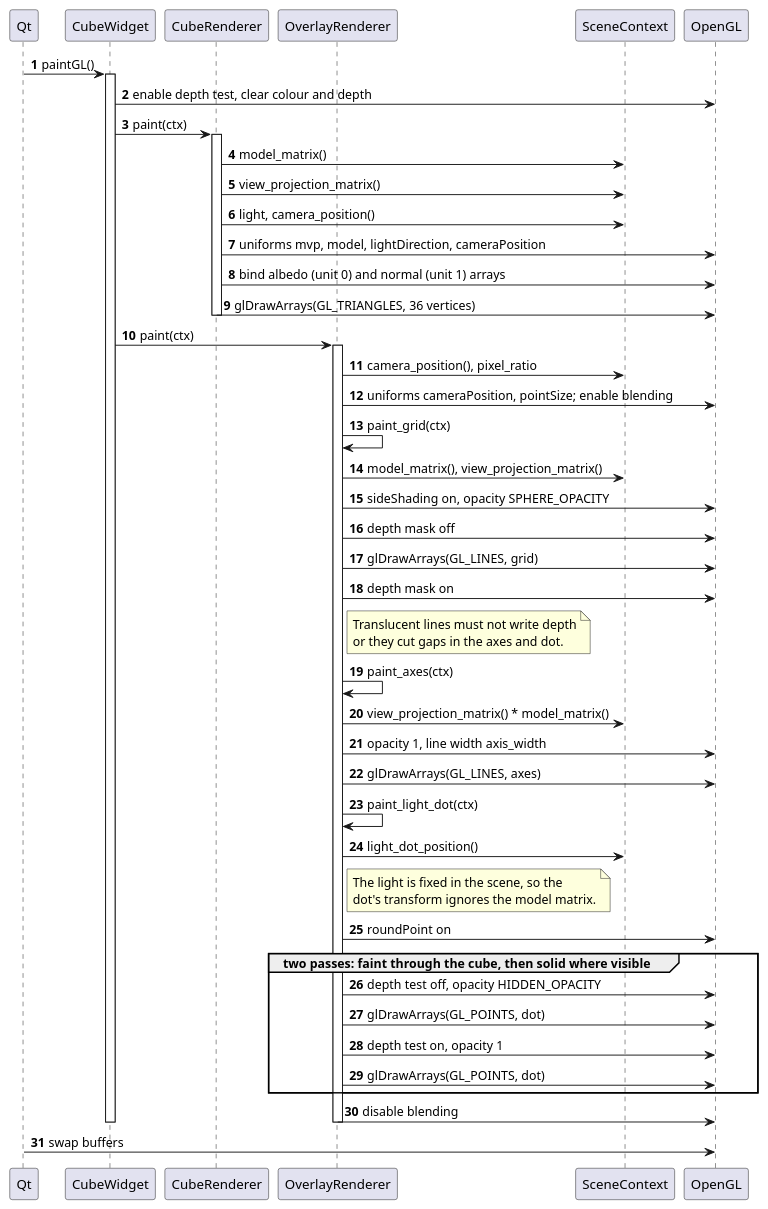
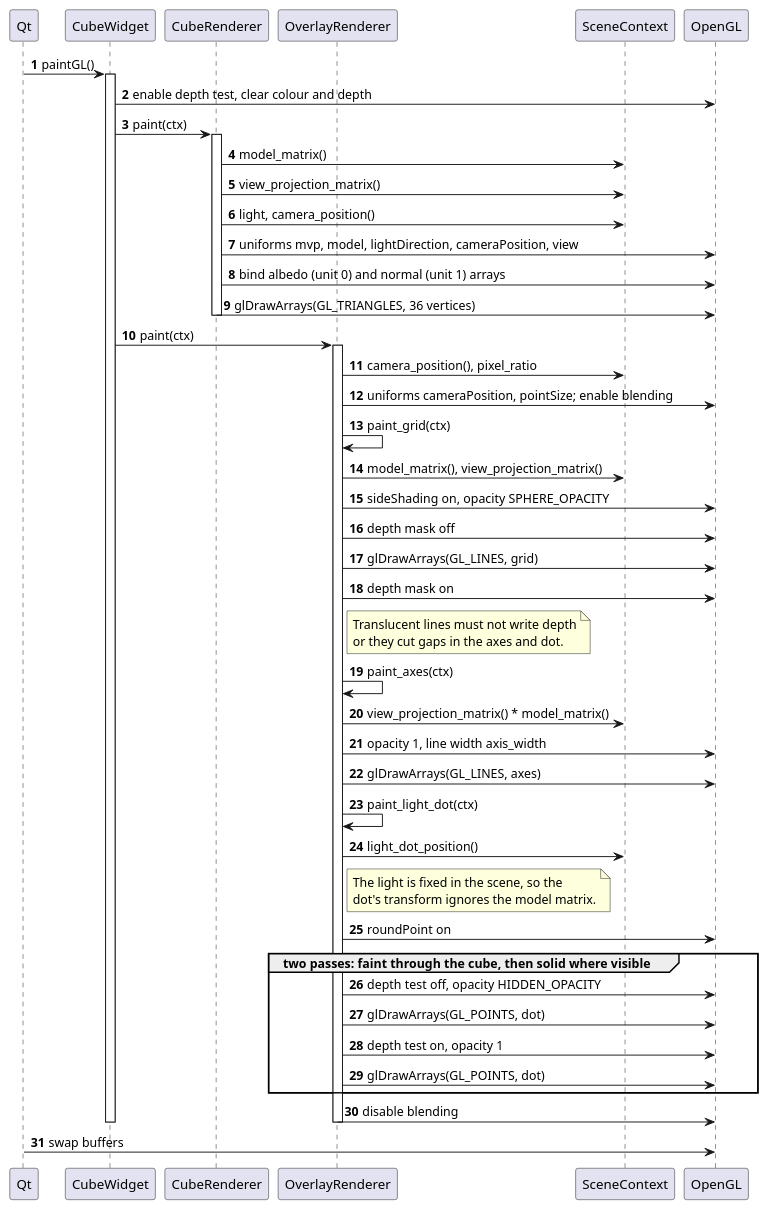
One commit to esba1ley/opengl_python_qt6_test changed the diagram in docs/diagrams/frame.puml. Above: the diagram before and after it, drawn with PlantUML. The commit also changed 8 other files, not shown here.

First line of the commit message:
refactor(shaders): add a debug view to the cube fragment shader

```diff
--- a/docs/diagrams/frame.puml
+++ b/docs/diagrams/frame.puml
@@ -1,67 +1,67 @@
 @startuml frame
 ' Sequence: one call to paintGL(). Draw order is fixed: cube, sphere grid,
 ' axes, light dot. Keep in step with widget.paintGL and the renderers' paint().
 skinparam shadowing false
 skinparam sequenceMessageAlign left
 autonumber
 
 participant "Qt" as qt
 participant "CubeWidget" as widget
 participant "CubeRenderer" as cube
 participant "OverlayRenderer" as overlay
 participant "SceneContext" as ctx
 participant "OpenGL" as gl
 
 qt -> widget : paintGL()
 activate widget
 widget -> gl : enable depth test, clear colour and depth
 
 widget -> cube : paint(ctx)
 activate cube
 cube -> ctx : model_matrix()
 cube -> ctx : view_projection_matrix()
 cube -> ctx : light, camera_position()
-cube -> gl : uniforms mvp, model, lightDirection, cameraPosition
+cube -> gl : uniforms mvp, model, lightDirection, cameraPosition, view
 cube -> gl : bind albedo (unit 0) and normal (unit 1) arrays
 cube -> gl : glDrawArrays(GL_TRIANGLES, 36 vertices)
 deactivate cube
 
 widget -> overlay : paint(ctx)
 activate overlay
 overlay -> ctx : camera_position(), pixel_ratio
 overlay -> gl : uniforms cameraPosition, pointSize; enable blending
 
 overlay -> overlay : paint_grid(ctx)
 overlay -> ctx : model_matrix(), view_projection_matrix()
 overlay -> gl : sideShading on, opacity SPHERE_OPACITY
 overlay -> gl : depth mask off
 overlay -> gl : glDrawArrays(GL_LINES, grid)
 overlay -> gl : depth mask on
 note right of overlay
   Translucent lines must not write depth
   or they cut gaps in the axes and dot.
 end note
 
 overlay -> overlay : paint_axes(ctx)
 overlay -> ctx : view_projection_matrix() * model_matrix()
 overlay -> gl : opacity 1, line width axis_width
 overlay -> gl : glDrawArrays(GL_LINES, axes)
 
 overlay -> overlay : paint_light_dot(ctx)
 overlay -> ctx : light_dot_position()
 note right of overlay
   The light is fixed in the scene, so the
   dot's transform ignores the model matrix.
 end note
 overlay -> gl : roundPoint on
 group two passes: faint through the cube, then solid where visible
   overlay -> gl : depth test off, opacity HIDDEN_OPACITY
   overlay -> gl : glDrawArrays(GL_POINTS, dot)
   overlay -> gl : depth test on, opacity 1
   overlay -> gl : glDrawArrays(GL_POINTS, dot)
 end
 overlay -> gl : disable blending
 deactivate overlay
 deactivate widget
 qt -> gl : swap buffers
 @enduml
```
